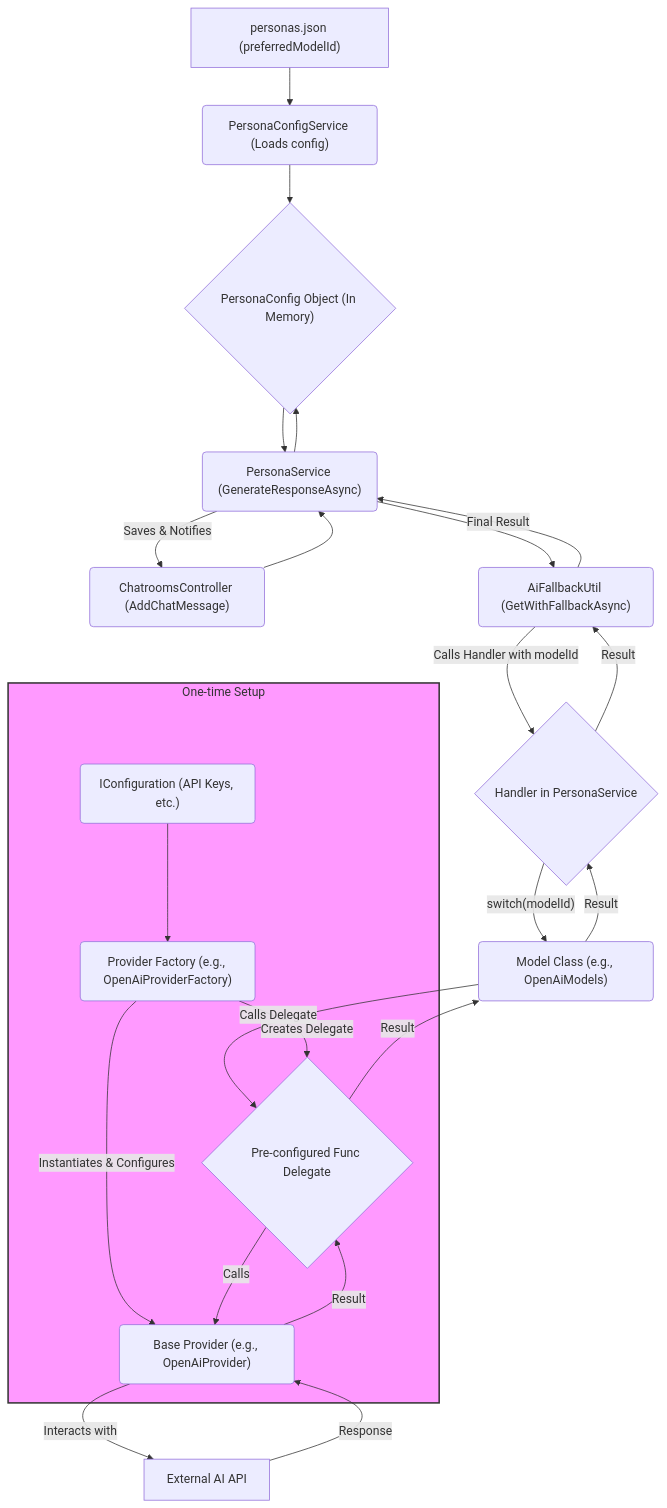
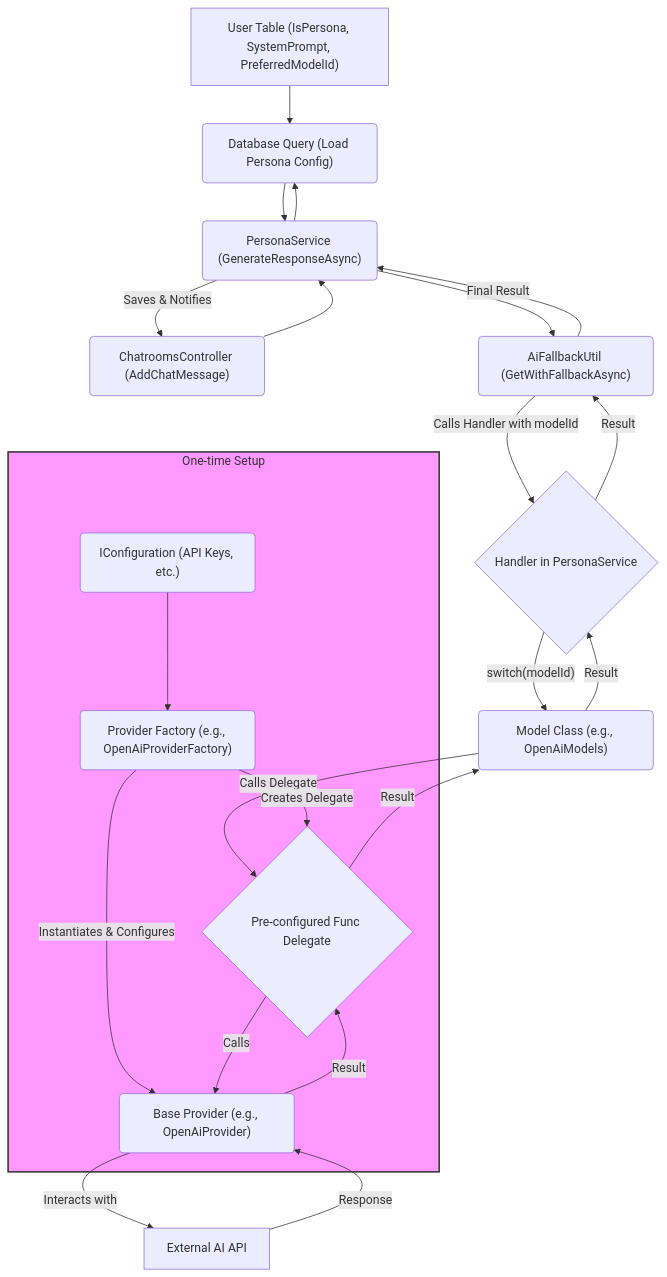
Before and after one commit to mr-ryan-james/chatty-mcchatface: the diagram in documentation/persona_model_mapping.md, drawn with Mermaid. The commit also changed other lines of this file and 1 other file, not shown here.

Commit message:
docs: Update persona model mapping documentation to reflect database changes and remove references to personas.json

````diff
--- a/documentation/persona_model_mapping.md
+++ b/documentation/persona_model_mapping.md
@@ -141,30 +147,29 @@
 ```mermaid
 graph TD
-    A["personas.json (preferredModelId)"] --> B("PersonaConfigService (Loads config)");
-    B --> C{"PersonaConfig Object (In Memory)"};
+    A["User Table (IsPersona, SystemPrompt, PreferredModelId)"] --> B("Database Query (Load Persona Config)");
     D("ChatroomsController (AddChatMessage)") --> E("PersonaService (GenerateResponseAsync)");
-    E --> C;
-    C --> E;
+    E --> B;
+    B --> E;
     E --> F("AiFallbackUtil (GetWithFallbackAsync)");
     F -- "Calls Handler with modelId" --> G{"Handler in PersonaService"};
     G -- "switch(modelId)" --> H("Model Class (e.g., OpenAiModels)");
     H -- "Calls Delegate" --> I{"Pre-configured Func Delegate"};
 
     subgraph Initialization [One-time Setup]
         J("Provider Factory (e.g., OpenAiProviderFactory)") -- "Creates Delegate" --> I;
         J -- "Instantiates & Configures" --> K("Base Provider (e.g., OpenAiProvider)");
         L("IConfiguration (API Keys, etc.)") --> J;
     end
 
     I -- "Calls" --> K;
     K -- "Interacts with" --> M["External AI API"];
     M -- "Response" --> K;
     K -- "Result" --> I;
     I -- "Result" --> H;
     H -- "Result" --> G;
     G -- "Result" --> F;
     F -- "Final Result" --> E;
     E -- "Saves & Notifies" --> D;
 
     style Initialization fill:#f9f,stroke:#333,stroke-width:2px
 ```
````
